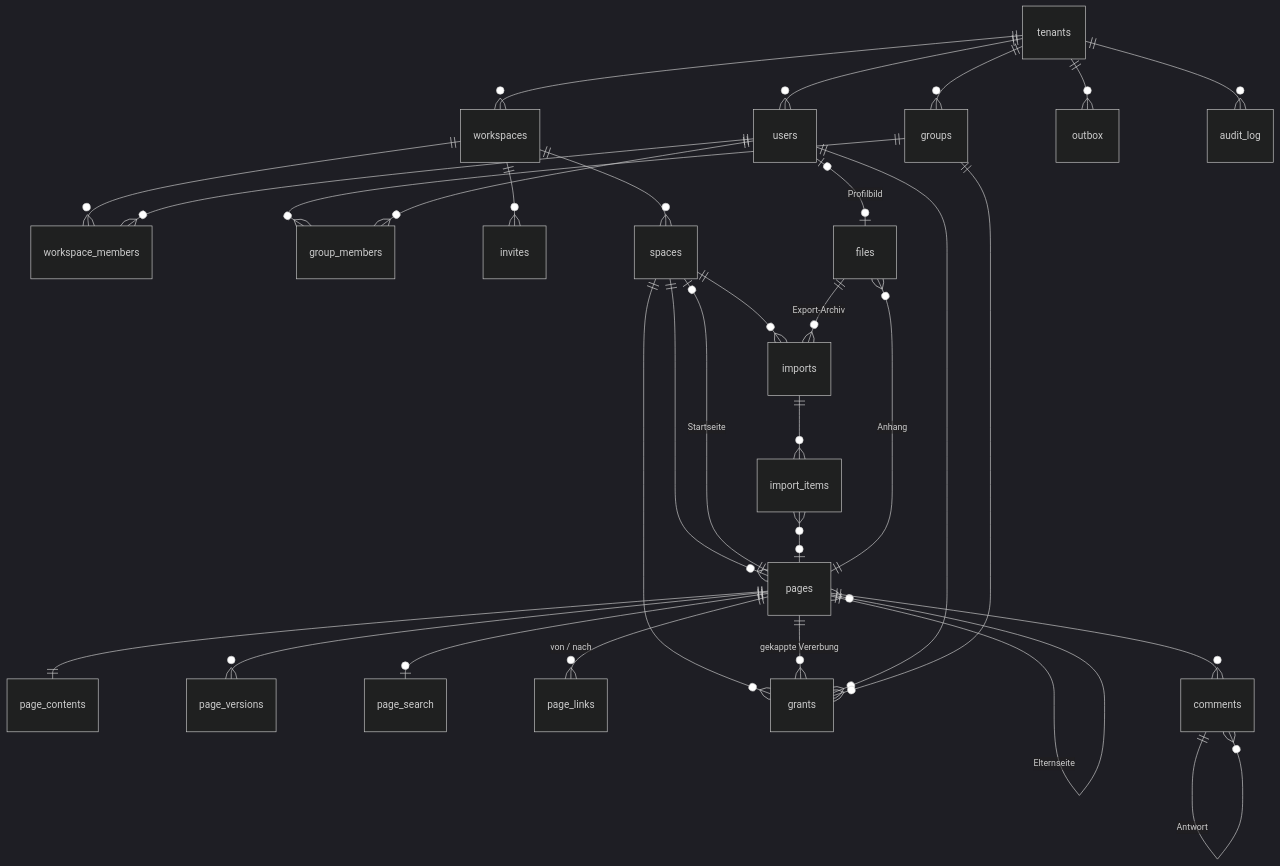
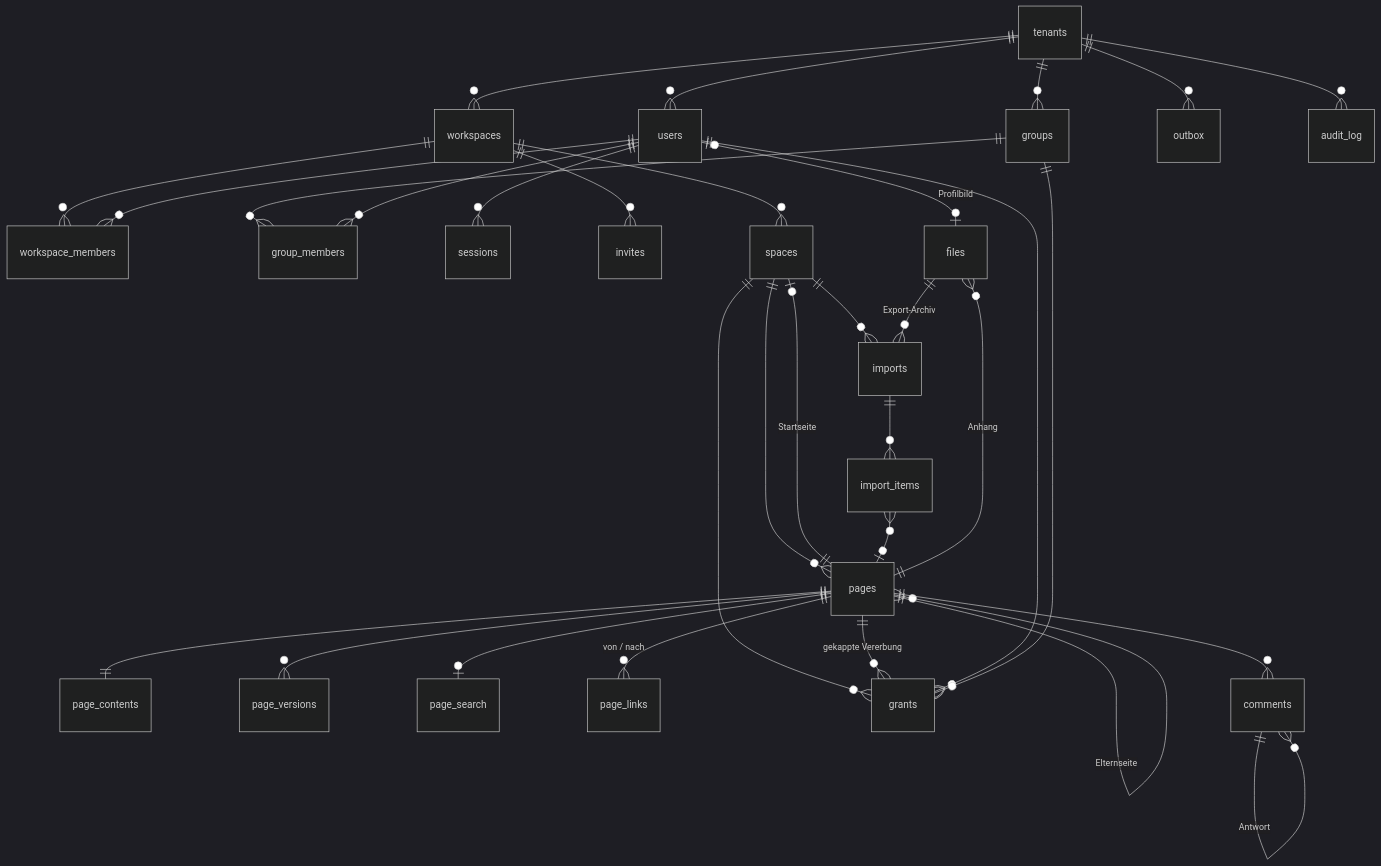
One commit to peterforster10/notefieber changed the diagram in docs/SCHEMA.md. Above: the diagram before and after it, drawn with Mermaid (dark theme). The commit also changed other lines of this file and 34 other files, not shown here.

````diff
--- a/docs/SCHEMA.md
+++ b/docs/SCHEMA.md
@@ -65,33 +66,34 @@
 ```mermaid
 erDiagram
   tenants ||--o{ users : ""
   tenants ||--o{ workspaces : ""
   tenants ||--o{ groups : ""
   workspaces ||--o{ workspace_members : ""
   users ||--o{ workspace_members : ""
   groups ||--o{ group_members : ""
   users ||--o{ group_members : ""
+  users ||--o{ sessions : ""
   workspaces ||--o{ invites : ""
   workspaces ||--o{ spaces : ""
   spaces ||--o{ pages : ""
   pages ||--o{ pages : "Elternseite"
   spaces |o--|| pages : "Startseite"
   pages ||--|| page_contents : ""
   pages ||--o{ page_versions : ""
   pages ||--o| page_search : ""
   pages ||--o{ page_links : "von / nach"
   spaces ||--o{ grants : ""
   pages ||--o{ grants : "gekappte Vererbung"
   users ||--o{ grants : ""
   groups ||--o{ grants : ""
   pages ||--o{ comments : ""
   comments ||--o{ comments : "Antwort"
   pages ||--o{ files : "Anhang"
   users |o--o| files : "Profilbild"
   spaces ||--o{ imports : ""
   files ||--o{ imports : "Export-Archiv"
   imports ||--o{ import_items : ""
   import_items }o--o| pages : ""
   tenants ||--o{ outbox : ""
   tenants ||--o{ audit_log : ""
 ```
````
